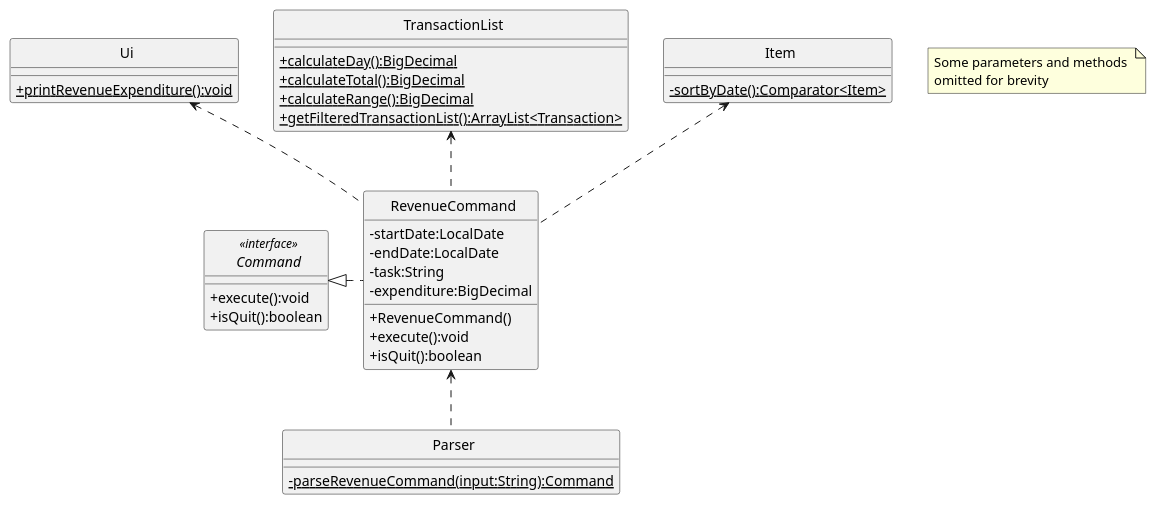
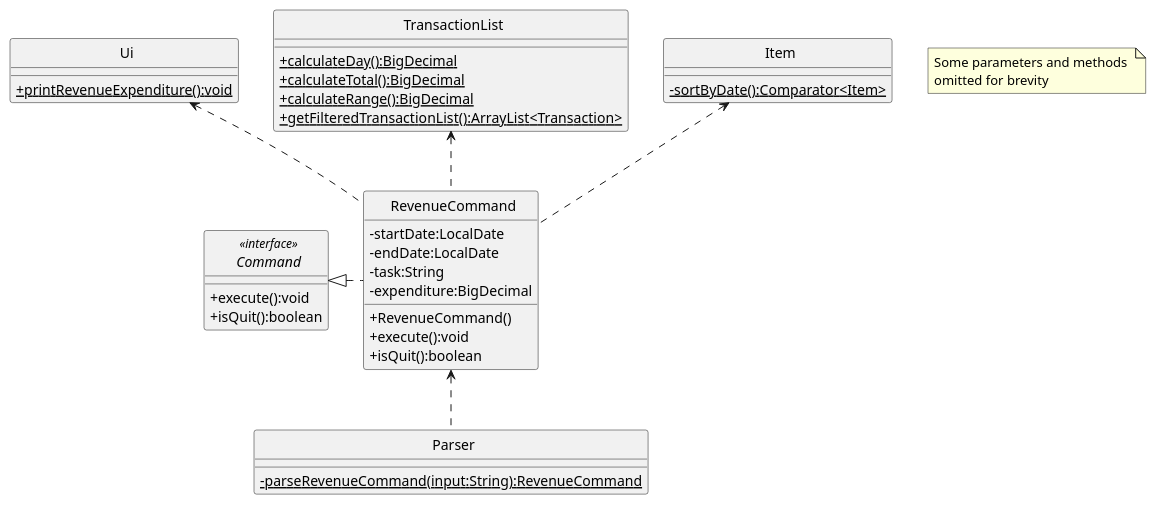
One commit to rismm/tp changed the first of 2 diagrams in docs/uml-diagrams/RevenueCommand.puml. Above: the diagram before and after it, drawn with PlantUML. The commit also changed 21 other files, not shown here.

```diff
--- a/docs/uml-diagrams/RevenueCommand.puml
+++ b/docs/uml-diagrams/RevenueCommand.puml
@@ -1,55 +1,55 @@
 @startuml
 'https://plantuml.com/class-diagram
 skinparam classAttributeIconSize 0
 skinparam CircledCharacterFontSize 0
 skinparam CircledCharacterRadius 0
 
 interface Command
 class Ui
 class TransactionList
 class RevenueCommand
 class Parser
 class Item
 
 RevenueCommand <.. Parser
 Command <|. RevenueCommand
 Ui <.. RevenueCommand
 TransactionList <.. RevenueCommand
 Item <.. RevenueCommand
 
 interface Command <<interface>> {
     +execute():void
     +isQuit():boolean
 }
 
 class RevenueCommand {
     -startDate:LocalDate
     -endDate:LocalDate
     -task:String
     -expenditure:BigDecimal
     +RevenueCommand()
     +execute():void
     +isQuit():boolean
 }
 
 class Ui {
     {static}+printRevenueExpenditure():void
 }
 
 class Parser {
-    {static}-parseRevenueCommand(input:String):Command
+    {static}-parseRevenueCommand(input:String):RevenueCommand
 }
 
 class TransactionList {
     {static}+calculateDay():BigDecimal
     {static}+calculateTotal():BigDecimal
     {static}+calculateRange():BigDecimal
     {static}+getFilteredTransactionList():ArrayList<Transaction>
 }
 
 class Item {
     {static}-sortByDate():Comparator<Item>
 }
 
 note "Some parameters and methods \nomitted for brevity" as n1
 @enduml
```
